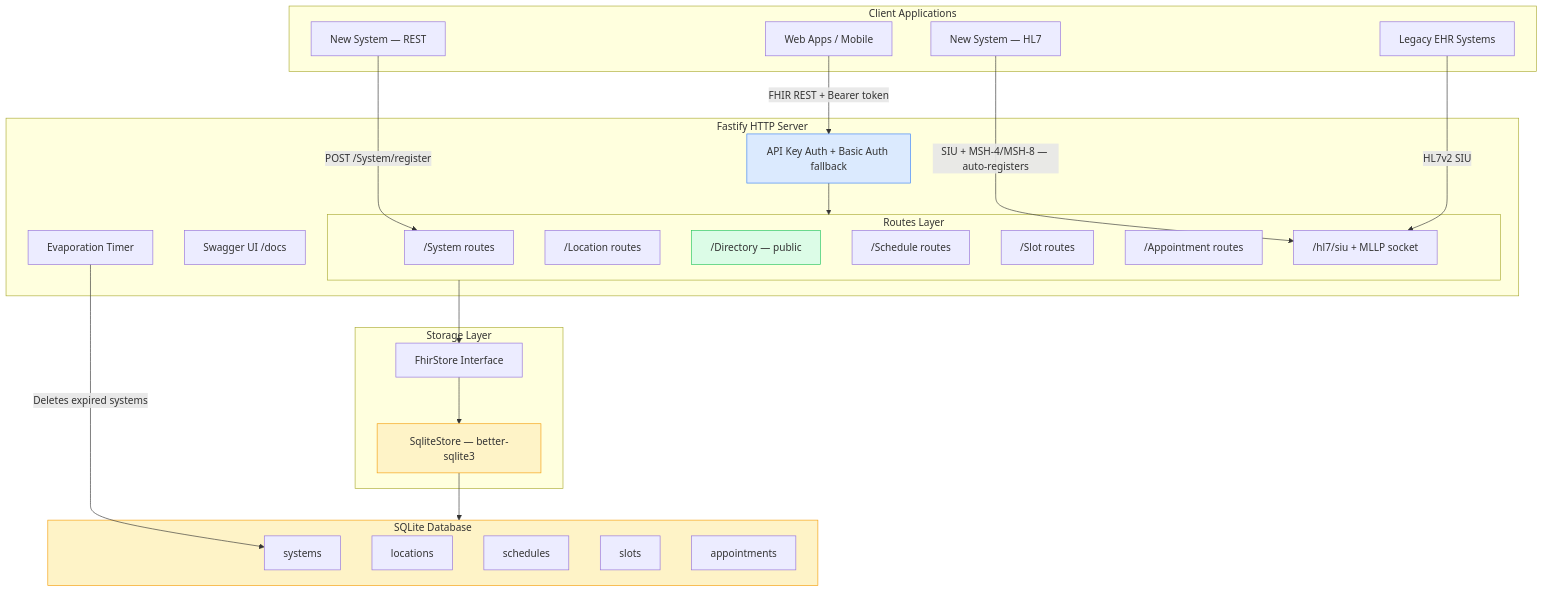
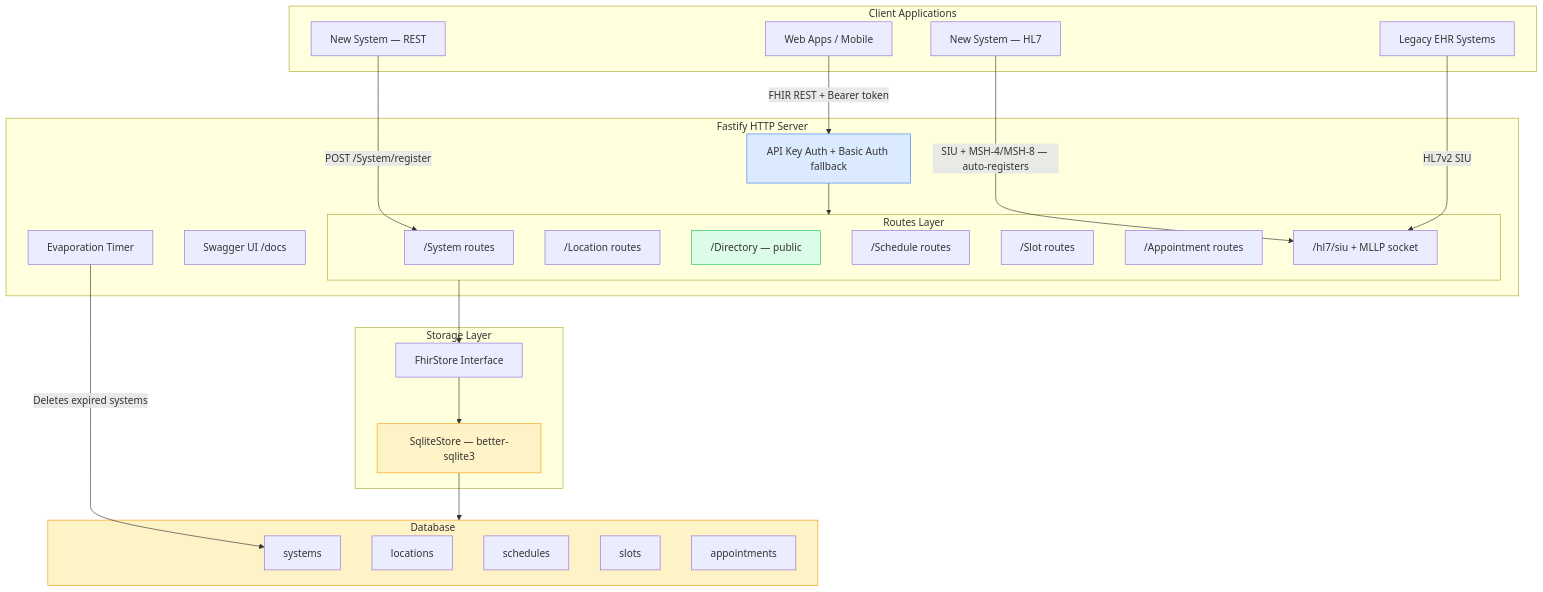
One commit to mieweb/FHIRTogether changed the first of 5 diagrams in ARCHITECTURE.md. Above: the diagram before and after it, drawn with Mermaid. The commit also changed other lines of this file and 13 other files, not shown here.

First line of the commit message:
docs: use generic Database/Storage terms instead of SQLite in conceptual docs

````diff
--- a/ARCHITECTURE.md
+++ b/ARCHITECTURE.md
@@ -5,54 +5,54 @@
 ```mermaid
 graph TB
   subgraph Clients["Client Applications"]
     WebApps["Web Apps / Mobile"]
     EHR["Legacy EHR Systems"]
     NewHL7["New System — HL7"]
     NewREST["New System — REST"]
   end
 
   subgraph Gateway["Fastify HTTP Server"]
     Swagger["Swagger UI /docs"]
     Auth["API Key Auth + Basic Auth fallback"]
     subgraph Routes["Routes Layer"]
       SystemR["/System routes"]
       LocationR["/Location routes"]
       DirectoryR["/Directory — public"]
       ScheduleR["/Schedule routes"]
       SlotR["/Slot routes"]
       ApptR["/Appointment routes"]
       HL7R["/hl7/siu + MLLP socket"]
     end
     Evaporation["Evaporation Timer"]
   end
 
   subgraph Store["Storage Layer"]
     StoreIF["FhirStore Interface"]
     SQLite["SqliteStore — better-sqlite3"]
   end
 
-  subgraph DB["SQLite Database"]
+  subgraph DB["Database"]
     SysTbl["systems"]
     LocTbl["locations"]
     SchedTbl["schedules"]
     SlotTbl["slots"]
     ApptTbl["appointments"]
   end
 
   NewHL7 -->|"SIU + MSH-4/MSH-8 — auto-registers"| HL7R
   NewREST -->|"POST /System/register"| SystemR
   EHR -->|"HL7v2 SIU"| HL7R
   WebApps -->|"FHIR REST + Bearer token"| Auth
   Auth --> Routes
   Routes --> StoreIF
   StoreIF --> SQLite
   SQLite --> DB
   Evaporation -->|"Deletes expired systems"| SysTbl
 
   classDef public fill:#dcfce7,stroke:#22c55e
   classDef auth fill:#dbeafe,stroke:#3b82f6
   classDef store fill:#fef3c7,stroke:#f59e0b
   class DirectoryR public
   class Auth auth
   class SQLite,DB store
 ```
````
